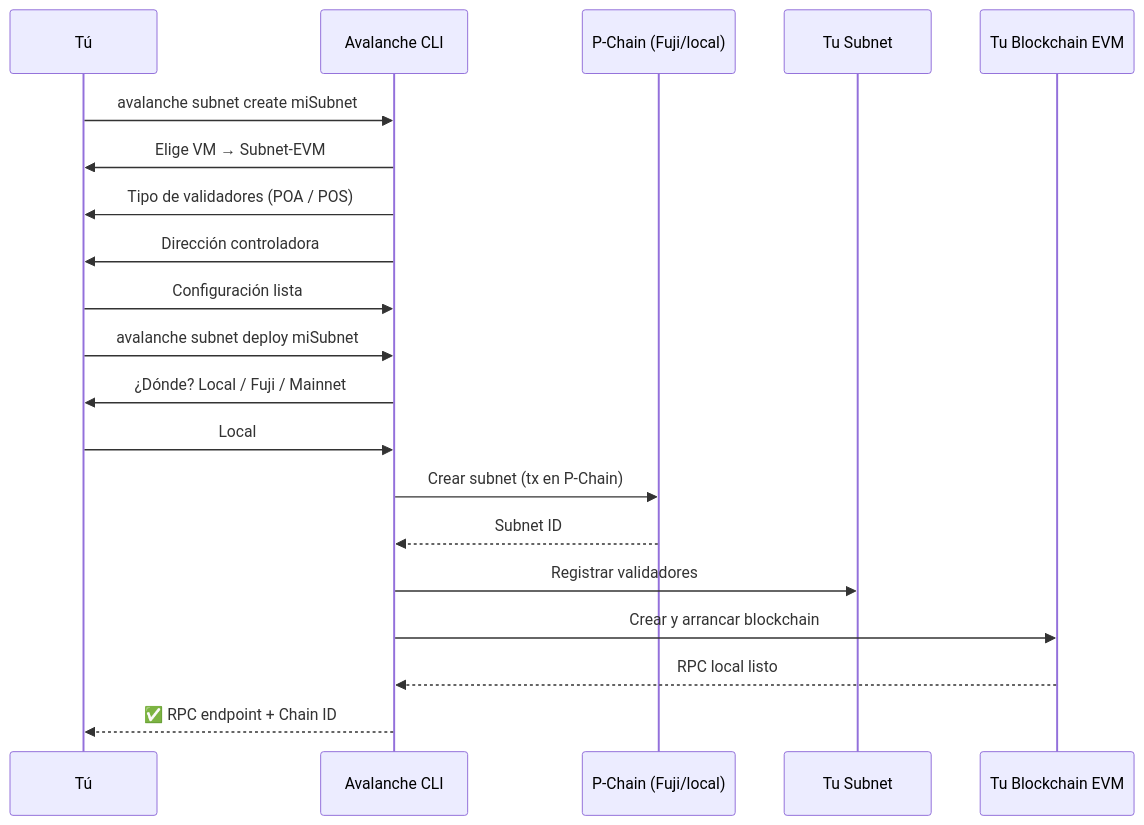
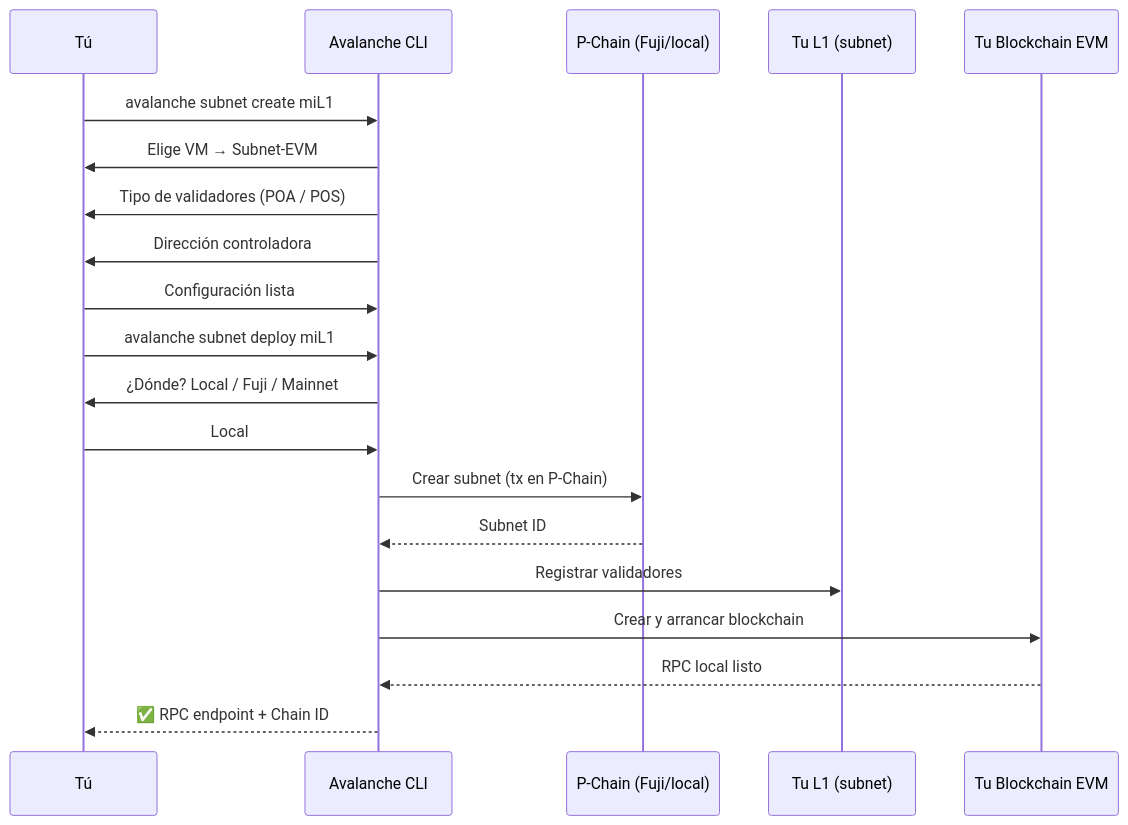
One commit to MarxMad/Avax-Guide changed the sixth of 8 diagrams in semana-2/01-subnets-avalanche9000.md. Above: the diagram before and after it, drawn with Mermaid. The commit also changed other lines of this file and 10 other files, not shown here.

````diff
--- a/semana-2/01-subnets-avalanche9000.md
+++ b/semana-2/01-subnets-avalanche9000.md
@@ -215,25 +217,25 @@
 ```mermaid
 sequenceDiagram
     participant Dev as Tú
     participant CLI as Avalanche CLI
     participant PChain as P-Chain (Fuji/local)
-    participant Subnet as Tu Subnet
+    participant Subnet as Tu L1 (subnet)
     participant Blockchain as Tu Blockchain EVM
 
-    Dev->>CLI: avalanche subnet create miSubnet
+    Dev->>CLI: avalanche subnet create miL1
     CLI->>Dev: Elige VM → Subnet-EVM
     CLI->>Dev: Tipo de validadores (POA / POS)
     CLI->>Dev: Dirección controladora
     Dev->>CLI: Configuración lista
 
-    Dev->>CLI: avalanche subnet deploy miSubnet
+    Dev->>CLI: avalanche subnet deploy miL1
     CLI->>Dev: ¿Dónde? Local / Fuji / Mainnet
     Dev->>CLI: Local
 
     CLI->>PChain: Crear subnet (tx en P-Chain)
     PChain-->>CLI: Subnet ID
     CLI->>Subnet: Registrar validadores
     CLI->>Blockchain: Crear y arrancar blockchain
     Blockchain-->>CLI: RPC local listo
     CLI-->>Dev: ✅ RPC endpoint + Chain ID
 ```
````
